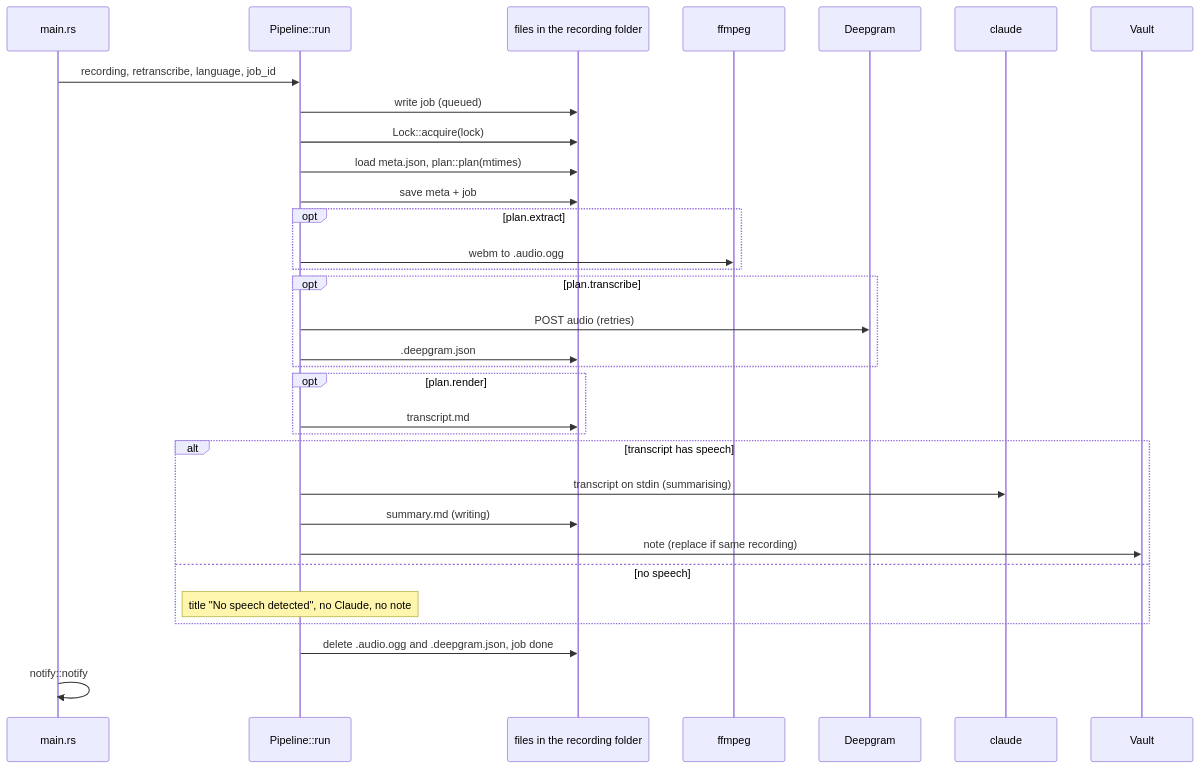
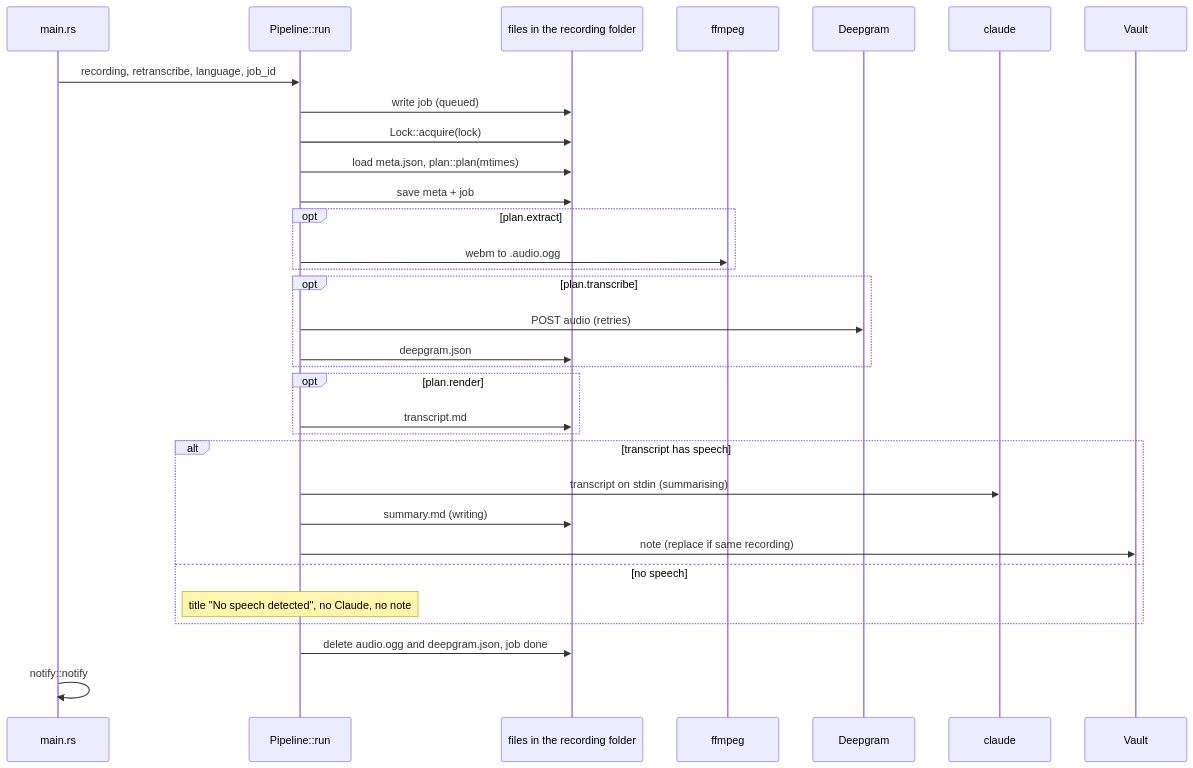
One commit to masnun-siam/meeting-manager changed the first of 2 diagrams in docs/features/processing.md. Above: the diagram before and after it, drawn with Mermaid.

Commit message:
docs(#64): fix remaining diagram labels

````diff
--- a/docs/features/processing.md
+++ b/docs/features/processing.md
@@ -21,34 +21,34 @@
 ```mermaid
 sequenceDiagram
     participant M as main.rs
     participant P as Pipeline::run
     participant FS as files in the recording folder
     participant X as ffmpeg
     participant D as Deepgram
     participant C as claude
     participant V as Vault
     M->>P: recording, retranscribe, language, job_id
     P->>FS: write job (queued)
     P->>FS: Lock::acquire(lock)
     P->>FS: load meta.json, plan::plan(mtimes)
     P->>FS: save meta + job
     opt plan.extract
         P->>X: webm to .audio.ogg
     end
     opt plan.transcribe
         P->>D: POST audio (retries)
-        P->>FS: .deepgram.json
+        P->>FS: deepgram.json
     end
     opt plan.render
         P->>FS: transcript.md
     end
     alt transcript has speech
         P->>C: transcript on stdin (summarising)
         P->>FS: summary.md (writing)
         P->>V: note (replace if same recording)
     else no speech
         Note over P: title "No speech detected", no Claude, no note
     end
-    P->>FS: delete .audio.ogg and .deepgram.json, job done
+    P->>FS: delete audio.ogg and deepgram.json, job done
     M->>M: notify::notify
 ```
````
